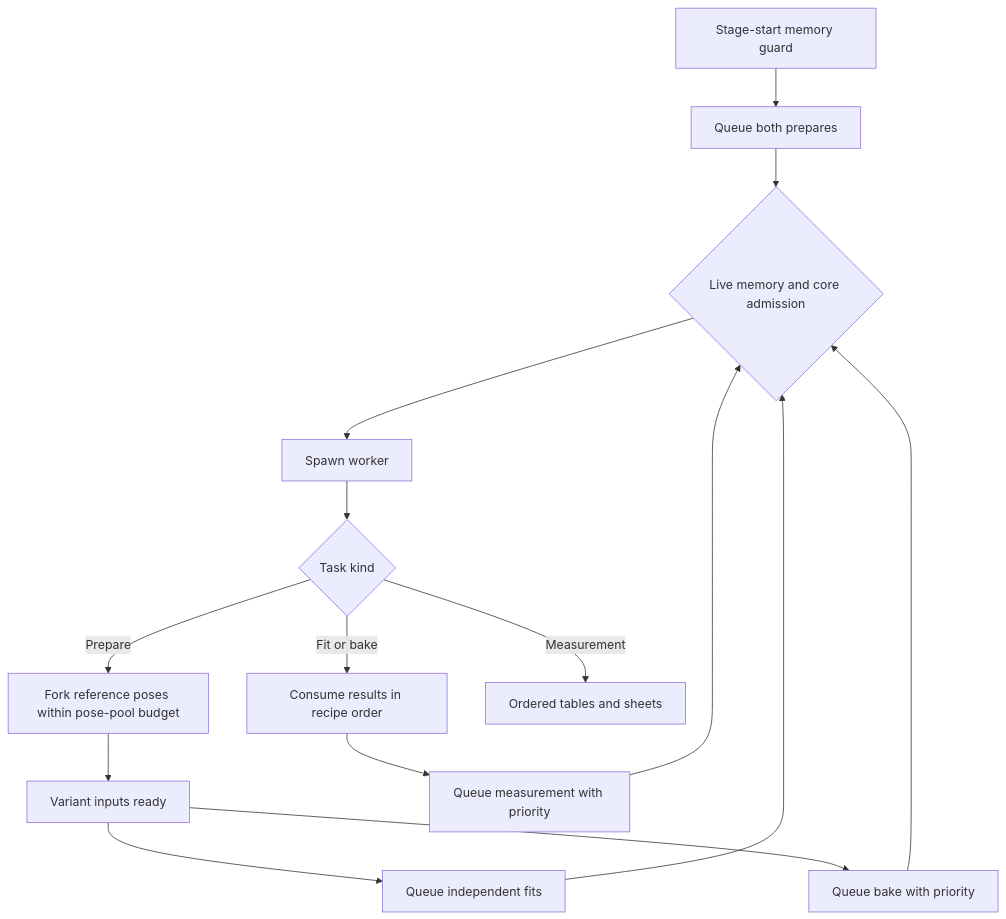
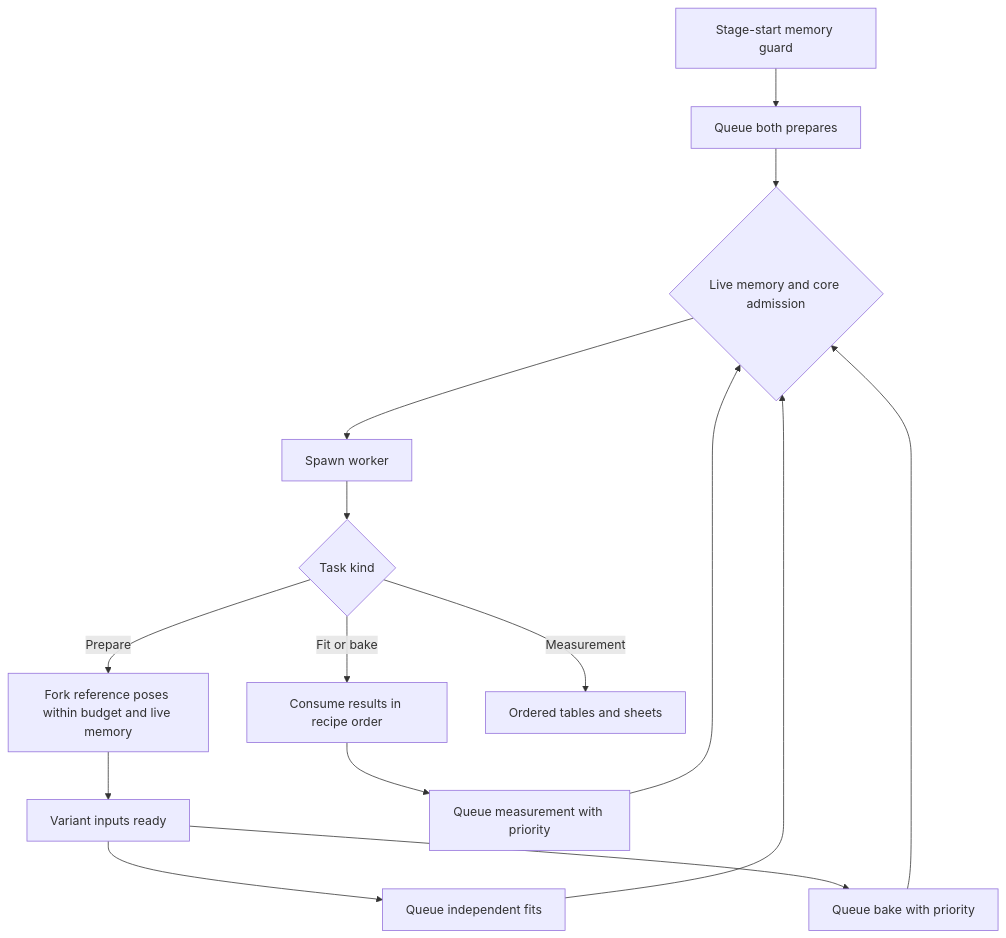
The first of 2 diagrams in docs/tools/Render-Harness.md (jose-villegas/autana), drawn with Mermaid before and after one commit. The commit also changed other lines of this file and 3 other files, not shown here.

Commit message:
r3d: guard GPU admission queries and pose pool memory

````diff
--- a/docs/tools/Render-Harness.md
+++ b/docs/tools/Render-Harness.md
@@ -94,17 +96,17 @@
 ```mermaid
 flowchart TD
     Start[Stage-start memory guard] --> Queue[Queue both prepares]
     Queue --> Admission{Live memory and core admission}
     Admission --> Worker[Spawn worker]
     Worker --> Kind{Task kind}
-    Kind -->|Prepare| Poses[Fork reference poses within pose-pool budget]
+    Kind -->|Prepare| Poses[Fork reference poses within budget and live memory]
     Poses --> Ready[Variant inputs ready]
     Ready --> Fits[Queue independent fits]
     Fits --> Admission
     Ready --> Bake[Queue bake with priority]
     Bake --> Admission
     Kind -->|Fit or bake| Ordered[Consume results in recipe order]
     Ordered --> Measure[Queue measurement with priority]
     Measure --> Admission
     Kind -->|Measurement| Outputs[Ordered tables and sheets]
 ```
````
